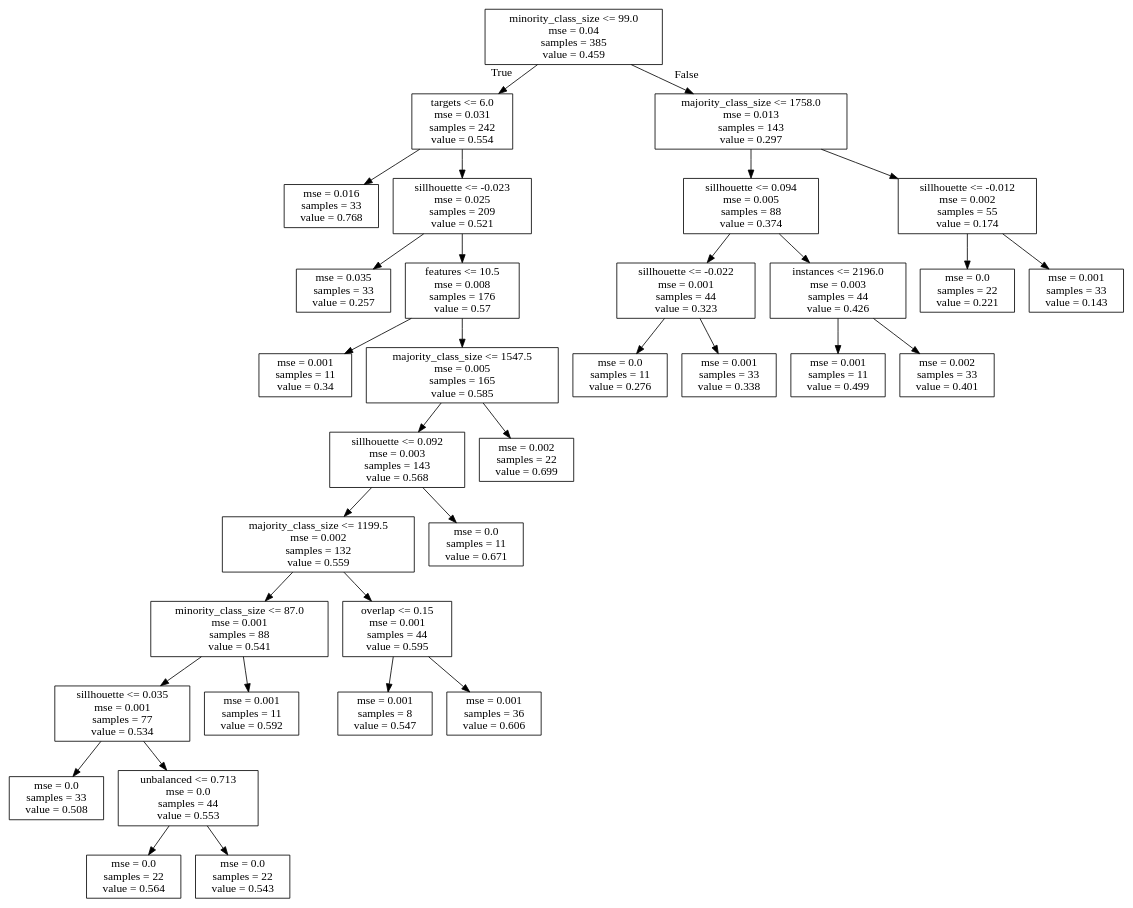
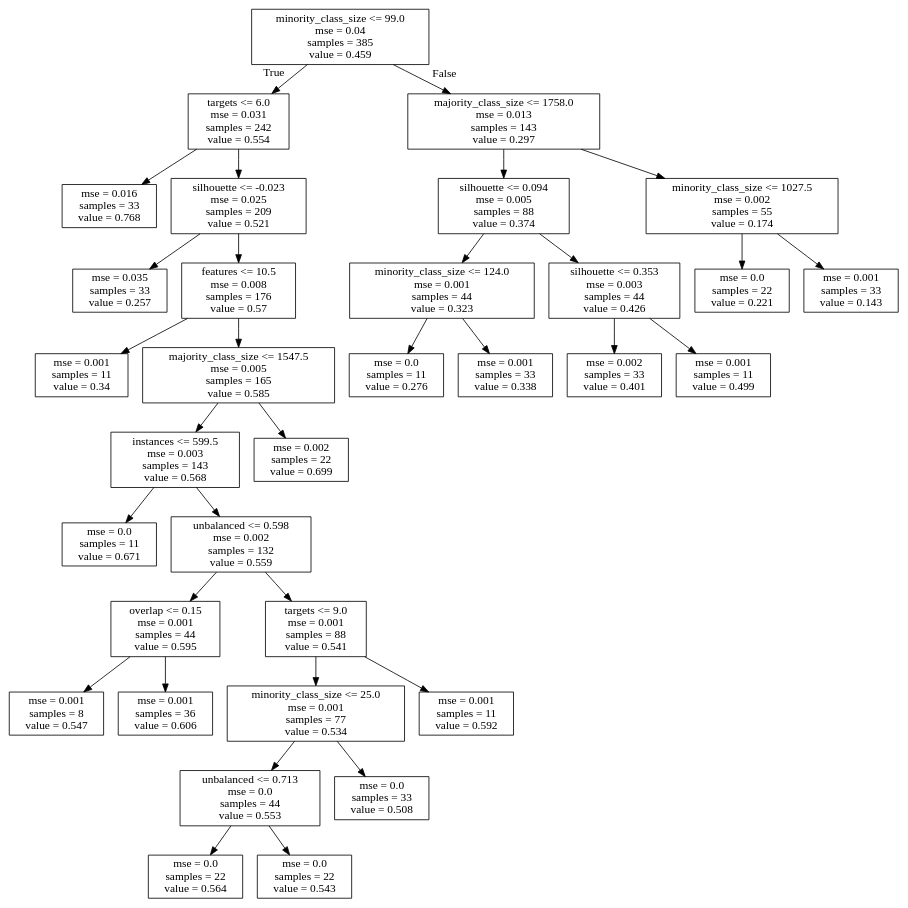
Before and after one commit to rsboos/DistributedClassifier: the diagram in analysis/learning/regression/results/trees/arb_gnb_mdic_f1_scores.dot, drawn with Graphviz. The commit also changed 147 other files, not shown here.

```diff
--- a/analysis/learning/regression/results/trees/arb_gnb_mdic_f1_scores.dot
+++ b/analysis/learning/regression/results/trees/arb_gnb_mdic_f1_scores.dot
@@ -1,68 +1,68 @@
 digraph Tree {
 node [shape=box] ;
 0 [label="minority_class_size <= 99.0\nmse = 0.04\nsamples = 385\nvalue = 0.459"] ;
 1 [label="targets <= 6.0\nmse = 0.031\nsamples = 242\nvalue = 0.554"] ;
 0 -> 1 [labeldistance=2.5, labelangle=45, headlabel="True"] ;
 2 [label="mse = 0.016\nsamples = 33\nvalue = 0.768"] ;
 1 -> 2 ;
-3 [label="sillhouette <= -0.023\nmse = 0.025\nsamples = 209\nvalue = 0.521"] ;
+3 [label="silhouette <= -0.023\nmse = 0.025\nsamples = 209\nvalue = 0.521"] ;
 1 -> 3 ;
 4 [label="mse = 0.035\nsamples = 33\nvalue = 0.257"] ;
 3 -> 4 ;
 5 [label="features <= 10.5\nmse = 0.008\nsamples = 176\nvalue = 0.57"] ;
 3 -> 5 ;
 6 [label="mse = 0.001\nsamples = 11\nvalue = 0.34"] ;
 5 -> 6 ;
 7 [label="majority_class_size <= 1547.5\nmse = 0.005\nsamples = 165\nvalue = 0.585"] ;
 5 -> 7 ;
-8 [label="sillhouette <= 0.092\nmse = 0.003\nsamples = 143\nvalue = 0.568"] ;
+8 [label="instances <= 599.5\nmse = 0.003\nsamples = 143\nvalue = 0.568"] ;
 7 -> 8 ;
-9 [label="majority_class_size <= 1199.5\nmse = 0.002\nsamples = 132\nvalue = 0.559"] ;
+9 [label="mse = 0.0\nsamples = 11\nvalue = 0.671"] ;
 8 -> 9 ;
-10 [label="minority_class_size <= 87.0\nmse = 0.001\nsamples = 88\nvalue = 0.541"] ;
-9 -> 10 ;
-11 [label="sillhouette <= 0.035\nmse = 0.001\nsamples = 77\nvalue = 0.534"] ;
+10 [label="unbalanced <= 0.598\nmse = 0.002\nsamples = 132\nvalue = 0.559"] ;
+8 -> 10 ;
+11 [label="overlap <= 0.15\nmse = 0.001\nsamples = 44\nvalue = 0.595"] ;
 10 -> 11 ;
-12 [label="mse = 0.0\nsamples = 33\nvalue = 0.508"] ;
+12 [label="mse = 0.001\nsamples = 8\nvalue = 0.547"] ;
 11 -> 12 ;
-13 [label="unbalanced <= 0.713\nmse = 0.0\nsamples = 44\nvalue = 0.553"] ;
+13 [label="mse = 0.001\nsamples = 36\nvalue = 0.606"] ;
 11 -> 13 ;
-14 [label="mse = 0.0\nsamples = 22\nvalue = 0.564"] ;
-13 -> 14 ;
-15 [label="mse = 0.0\nsamples = 22\nvalue = 0.543"] ;
-13 -> 15 ;
-16 [label="mse = 0.001\nsamples = 11\nvalue = 0.592"] ;
-10 -> 16 ;
-17 [label="overlap <= 0.15\nmse = 0.001\nsamples = 44\nvalue = 0.595"] ;
-9 -> 17 ;
-18 [label="mse = 0.001\nsamples = 8\nvalue = 0.547"] ;
-17 -> 18 ;
-19 [label="mse = 0.001\nsamples = 36\nvalue = 0.606"] ;
-17 -> 19 ;
-20 [label="mse = 0.0\nsamples = 11\nvalue = 0.671"] ;
-8 -> 20 ;
+14 [label="targets <= 9.0\nmse = 0.001\nsamples = 88\nvalue = 0.541"] ;
+10 -> 14 ;
+15 [label="minority_class_size <= 25.0\nmse = 0.001\nsamples = 77\nvalue = 0.534"] ;
+14 -> 15 ;
+16 [label="unbalanced <= 0.713\nmse = 0.0\nsamples = 44\nvalue = 0.553"] ;
+15 -> 16 ;
+17 [label="mse = 0.0\nsamples = 22\nvalue = 0.564"] ;
+16 -> 17 ;
+18 [label="mse = 0.0\nsamples = 22\nvalue = 0.543"] ;
+16 -> 18 ;
+19 [label="mse = 0.0\nsamples = 33\nvalue = 0.508"] ;
+15 -> 19 ;
+20 [label="mse = 0.001\nsamples = 11\nvalue = 0.592"] ;
+14 -> 20 ;
 21 [label="mse = 0.002\nsamples = 22\nvalue = 0.699"] ;
 7 -> 21 ;
 22 [label="majority_class_size <= 1758.0\nmse = 0.013\nsamples = 143\nvalue = 0.297"] ;
 0 -> 22 [labeldistance=2.5, labelangle=-45, headlabel="False"] ;
-23 [label="sillhouette <= 0.094\nmse = 0.005\nsamples = 88\nvalue = 0.374"] ;
+23 [label="silhouette <= 0.094\nmse = 0.005\nsamples = 88\nvalue = 0.374"] ;
 22 -> 23 ;
-24 [label="sillhouette <= -0.022\nmse = 0.001\nsamples = 44\nvalue = 0.323"] ;
+24 [label="minority_class_size <= 124.0\nmse = 0.001\nsamples = 44\nvalue = 0.323"] ;
 23 -> 24 ;
 25 [label="mse = 0.0\nsamples = 11\nvalue = 0.276"] ;
 24 -> 25 ;
 26 [label="mse = 0.001\nsamples = 33\nvalue = 0.338"] ;
 24 -> 26 ;
-27 [label="instances <= 2196.0\nmse = 0.003\nsamples = 44\nvalue = 0.426"] ;
+27 [label="silhouette <= 0.353\nmse = 0.003\nsamples = 44\nvalue = 0.426"] ;
 23 -> 27 ;
-28 [label="mse = 0.001\nsamples = 11\nvalue = 0.499"] ;
+28 [label="mse = 0.002\nsamples = 33\nvalue = 0.401"] ;
 27 -> 28 ;
-29 [label="mse = 0.002\nsamples = 33\nvalue = 0.401"] ;
+29 [label="mse = 0.001\nsamples = 11\nvalue = 0.499"] ;
 27 -> 29 ;
-30 [label="sillhouette <= -0.012\nmse = 0.002\nsamples = 55\nvalue = 0.174"] ;
+30 [label="minority_class_size <= 1027.5\nmse = 0.002\nsamples = 55\nvalue = 0.174"] ;
 22 -> 30 ;
 31 [label="mse = 0.0\nsamples = 22\nvalue = 0.221"] ;
 30 -> 31 ;
 32 [label="mse = 0.001\nsamples = 33\nvalue = 0.143"] ;
 30 -> 32 ;
 }
```
